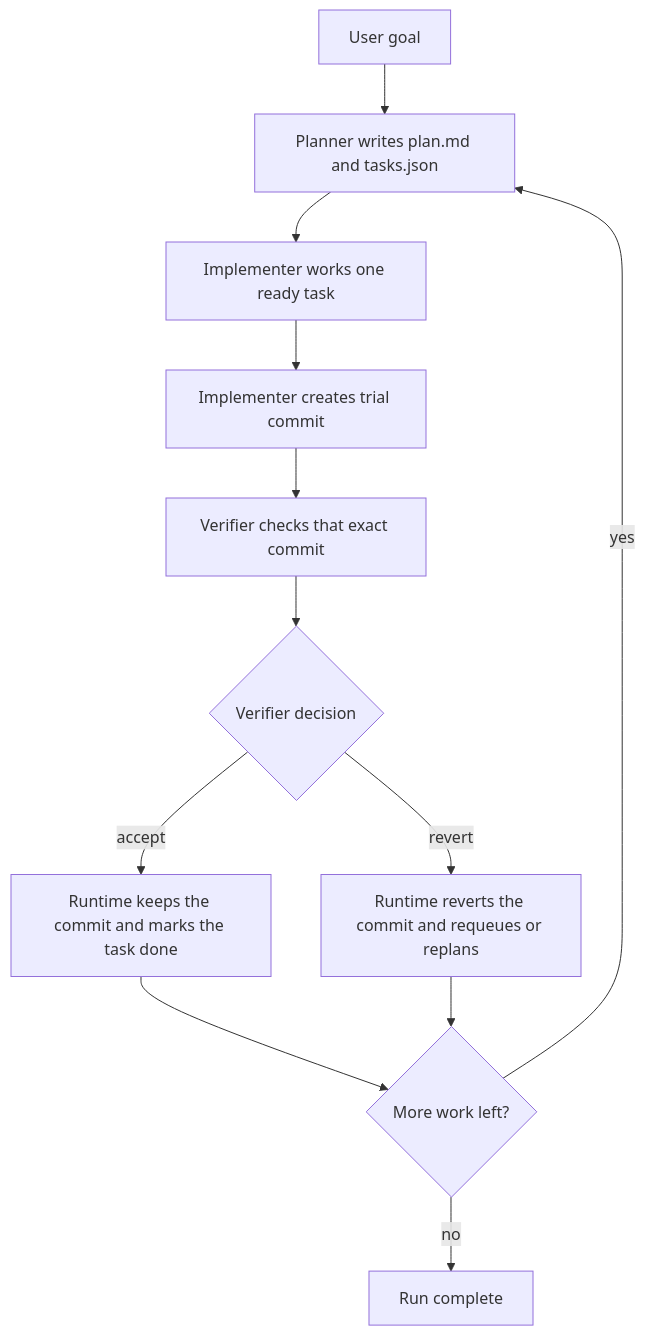
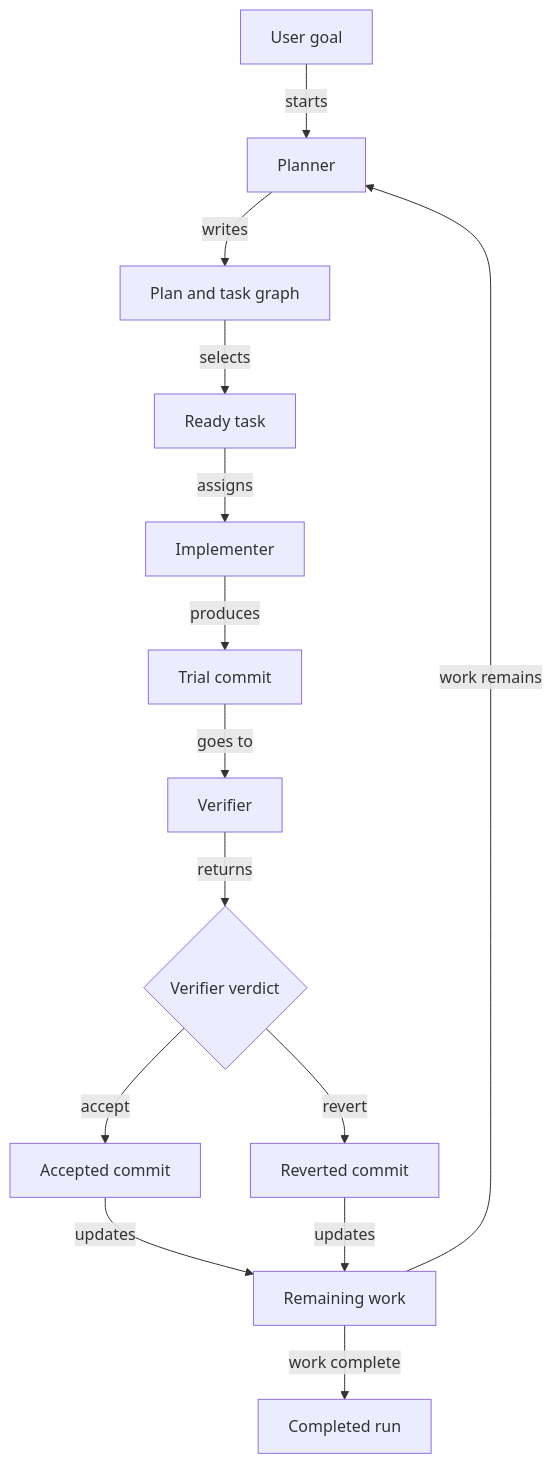
The first of 2 diagrams in README.md (0xabrar/harness), drawn with Mermaid before and after one commit. The commit also changed other lines of this file, not shown here.

Commit message:
docs(readme): use noun-based diagram labels

````diff
--- a/README.md
+++ b/README.md
@@ -29,14 +29,16 @@
 ```mermaid
 flowchart TD
-    A[User goal] --> B[Planner writes plan.md and tasks.json]
-    B --> C[Implementer works one ready task]
-    C --> D[Implementer creates trial commit]
-    D --> E[Verifier checks that exact commit]
-    E --> F{Verifier decision}
-    F -->|accept| G[Runtime keeps the commit and marks the task done]
-    F -->|revert| H[Runtime reverts the commit and requeues or replans]
-    G --> I{More work left?}
-    H --> I
-    I -->|yes| B
-    I -->|no| J[Run complete]
+    A[User goal] -->|starts| B[Planner]
+    B -->|writes| C[Plan and task graph]
+    C -->|selects| D[Ready task]
+    D -->|assigns| E[Implementer]
+    E -->|produces| F[Trial commit]
+    F -->|goes to| G[Verifier]
+    G -->|returns| H{Verifier verdict}
+    H -->|accept| I[Accepted commit]
+    H -->|revert| J[Reverted commit]
+    I -->|updates| K[Remaining work]
+    J -->|updates| K
+    K -->|work remains| B
+    K -->|work complete| L[Completed run]
 ```
````
